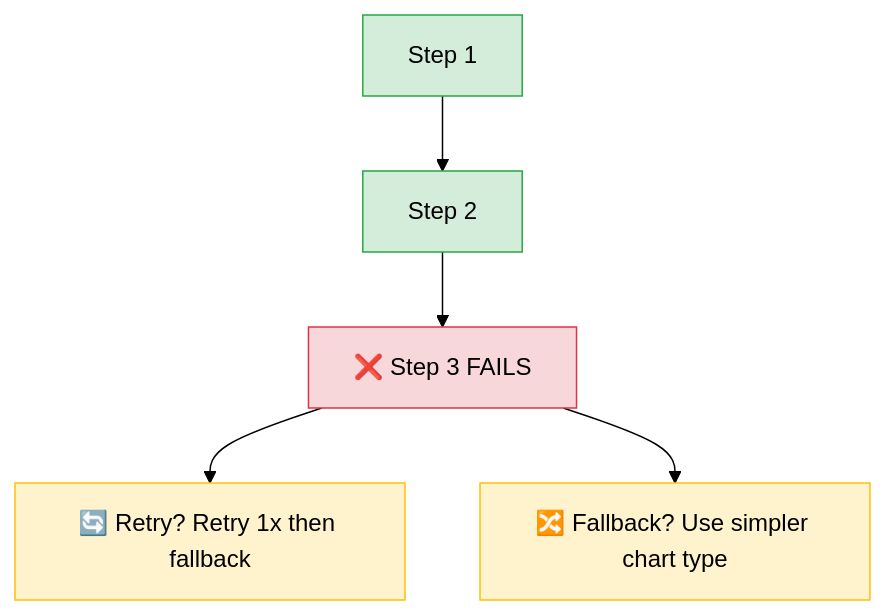
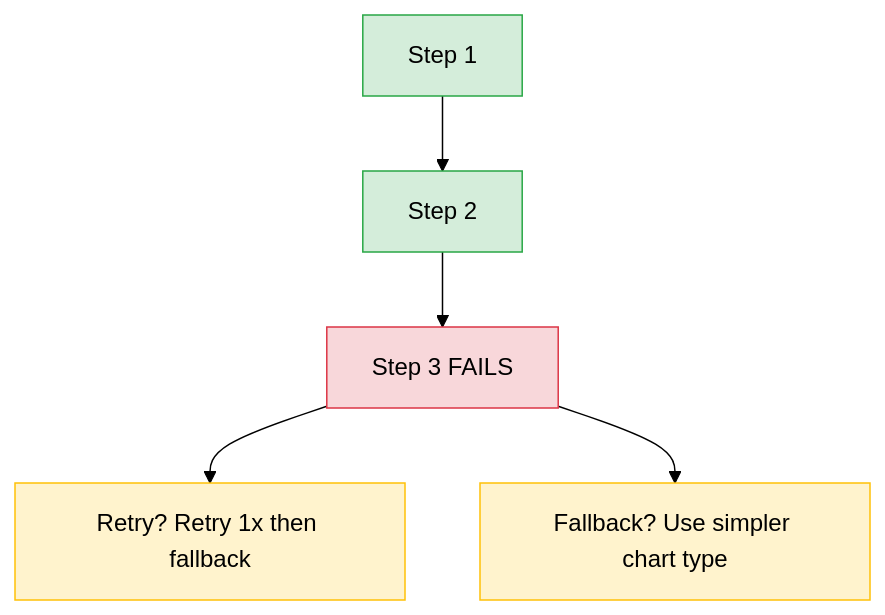
Before and after one commit to ithinktavo/GenAI-Engineering-Handbook: the second of 8 diagrams in docs/09-orchestration-patterns.md, drawn with Mermaid (forest theme). The commit also changed other lines of this file and 10 other files, not shown here.

Commit message:
Diagram updates

````diff
--- a/docs/09-orchestration-patterns.md
+++ b/docs/09-orchestration-patterns.md
@@ -49,12 +49,12 @@
 ```mermaid
 graph TD
-    S1["Step 1"] --> S2["Step 2"] --> S3["❌ Step 3 FAILS"]
-    S3 --> Retry["🔄 Retry? Retry 1x then fallback"]
-    S3 --> Fallback["🔀 Fallback? Use simpler chart type"]
+    S1["Step 1"] --> S2["Step 2"] --> S3["Step 3 FAILS"]
+    S3 --> Retry["Retry? Retry 1x then fallback"]
+    S3 --> Fallback["Fallback? Use simpler chart type"]
 
     style S1 fill:#d4edda,stroke:#28a745
     style S2 fill:#d4edda,stroke:#28a745
     style S3 fill:#f8d7da,stroke:#dc3545
     style Retry fill:#fff3cd,stroke:#ffc107
     style Fallback fill:#fff3cd,stroke:#ffc107
 ```
````
